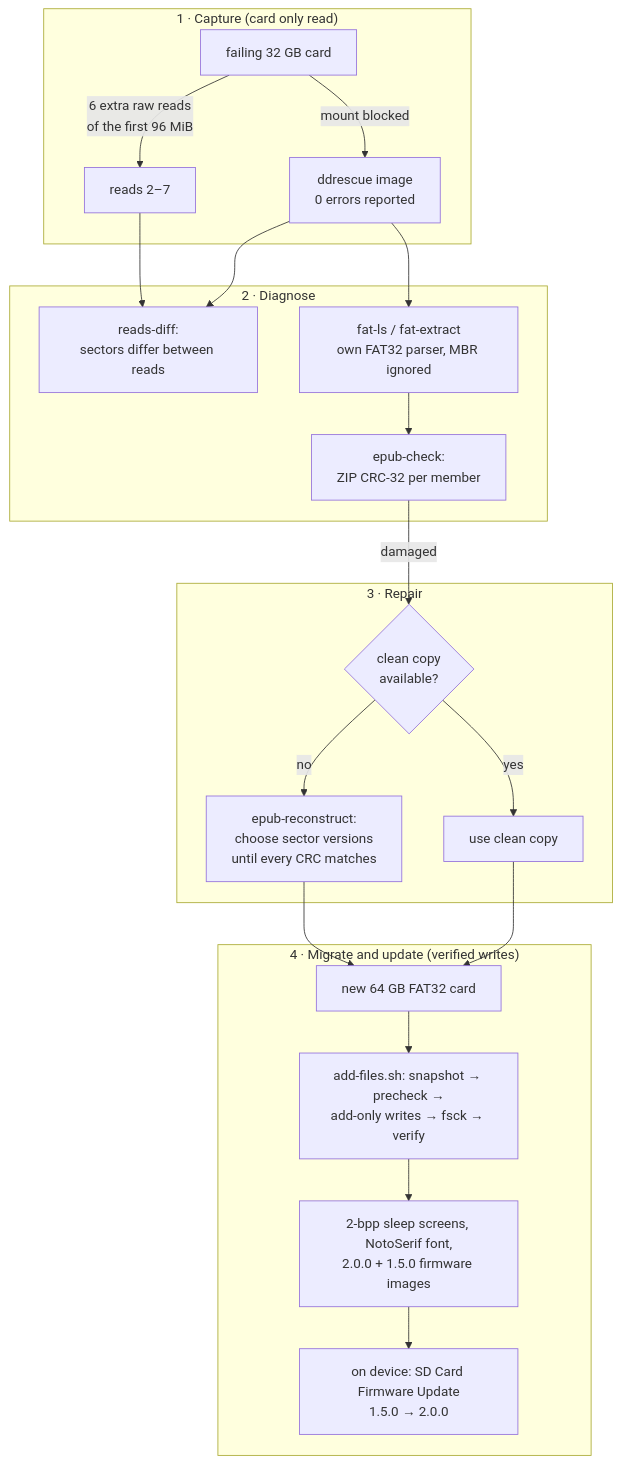
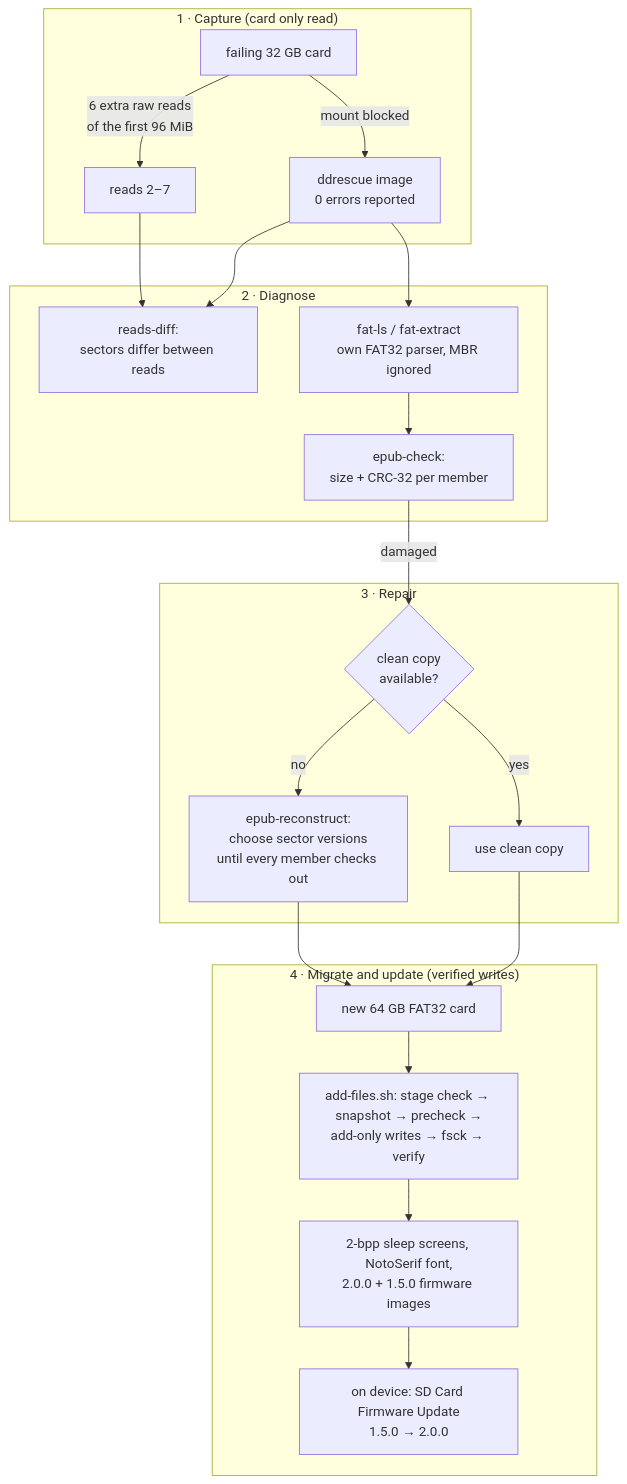
One commit to nicoladelbene/xteink-x3-recovery-toolkit changed the first of 2 diagrams in README.md. Above: the diagram before and after it, drawn with Mermaid. The commit also changed other lines of this file and 20 other files, not shown here.

````diff
--- a/README.md
+++ b/README.md
@@ -52,23 +110,23 @@
 ```mermaid
 flowchart TD
     subgraph S1["1 · Capture (card only read)"]
         A[failing 32 GB card] -->|mount blocked| B[ddrescue image<br/>0 errors reported]
         A -->|6 extra raw reads<br/>of the first 96 MiB| C[reads 2–7]
     end
     subgraph S2["2 · Diagnose"]
         B & C --> D[reads-diff:<br/>sectors differ between reads]
         B --> E[fat-ls / fat-extract<br/>own FAT32 parser, MBR ignored]
-        E --> F[epub-check:<br/>ZIP CRC-32 per member]
+        E --> F[epub-check:<br/>size + CRC-32 per member]
     end
     subgraph S3["3 · Repair"]
         F -->|damaged| G{clean copy<br/>available?}
         G -- yes --> H[use clean copy]
-        G -- no --> I[epub-reconstruct:<br/>choose sector versions<br/>until every CRC matches]
+        G -- no --> I[epub-reconstruct:<br/>choose sector versions<br/>until every member checks out]
     end
     subgraph S4["4 · Migrate and update (verified writes)"]
         H & I --> J[new 64 GB FAT32 card]
-        J --> K[add-files.sh: snapshot → precheck →<br/>add-only writes → fsck → verify]
+        J --> K[add-files.sh: stage check → snapshot → precheck →<br/>add-only writes → fsck → verify]
         K --> L[2-bpp sleep screens, NotoSerif font,<br/>2.0.0 + 1.5.0 firmware images]
         L --> M[on device: SD Card Firmware Update<br/>1.5.0 → 2.0.0]
     end
 ```
````
